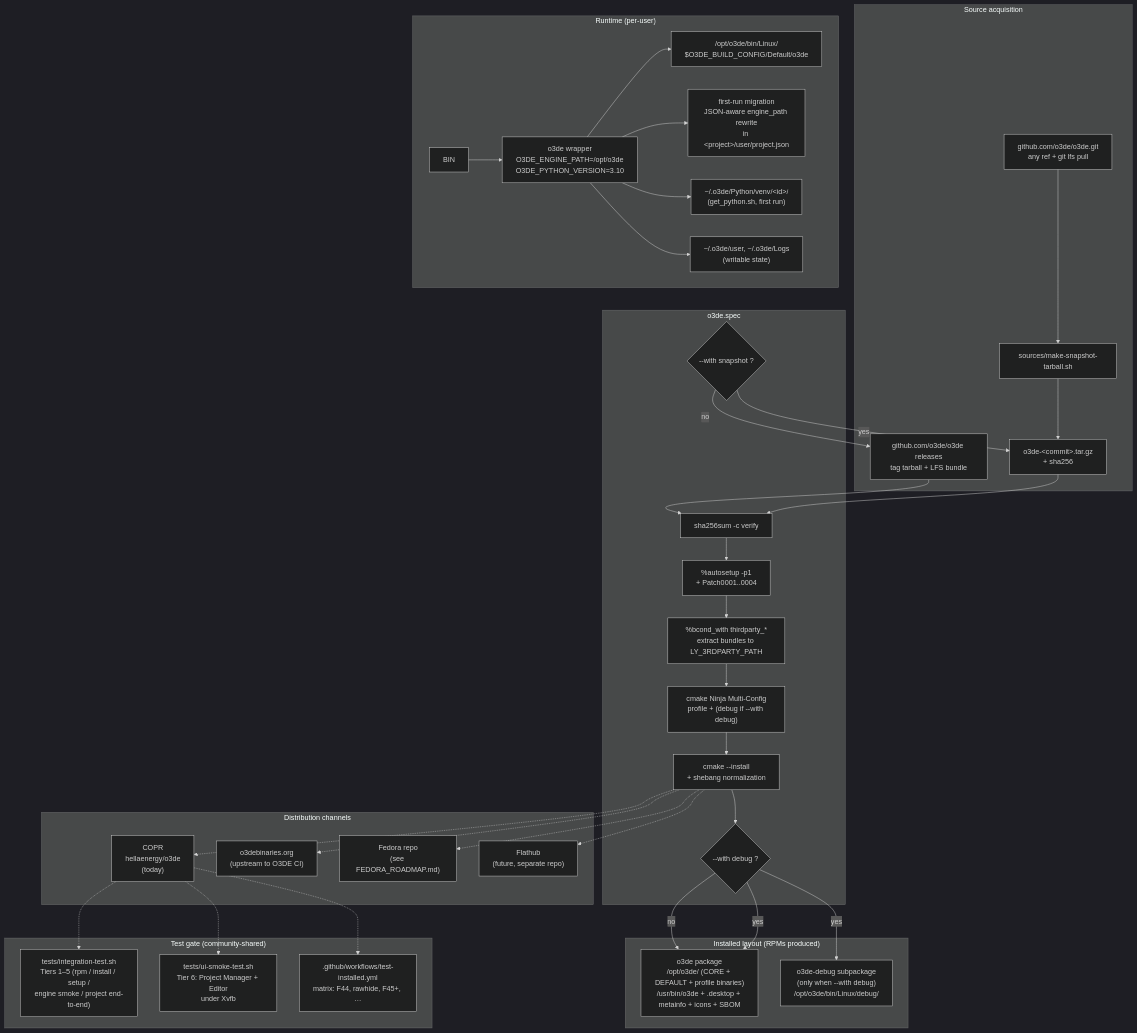
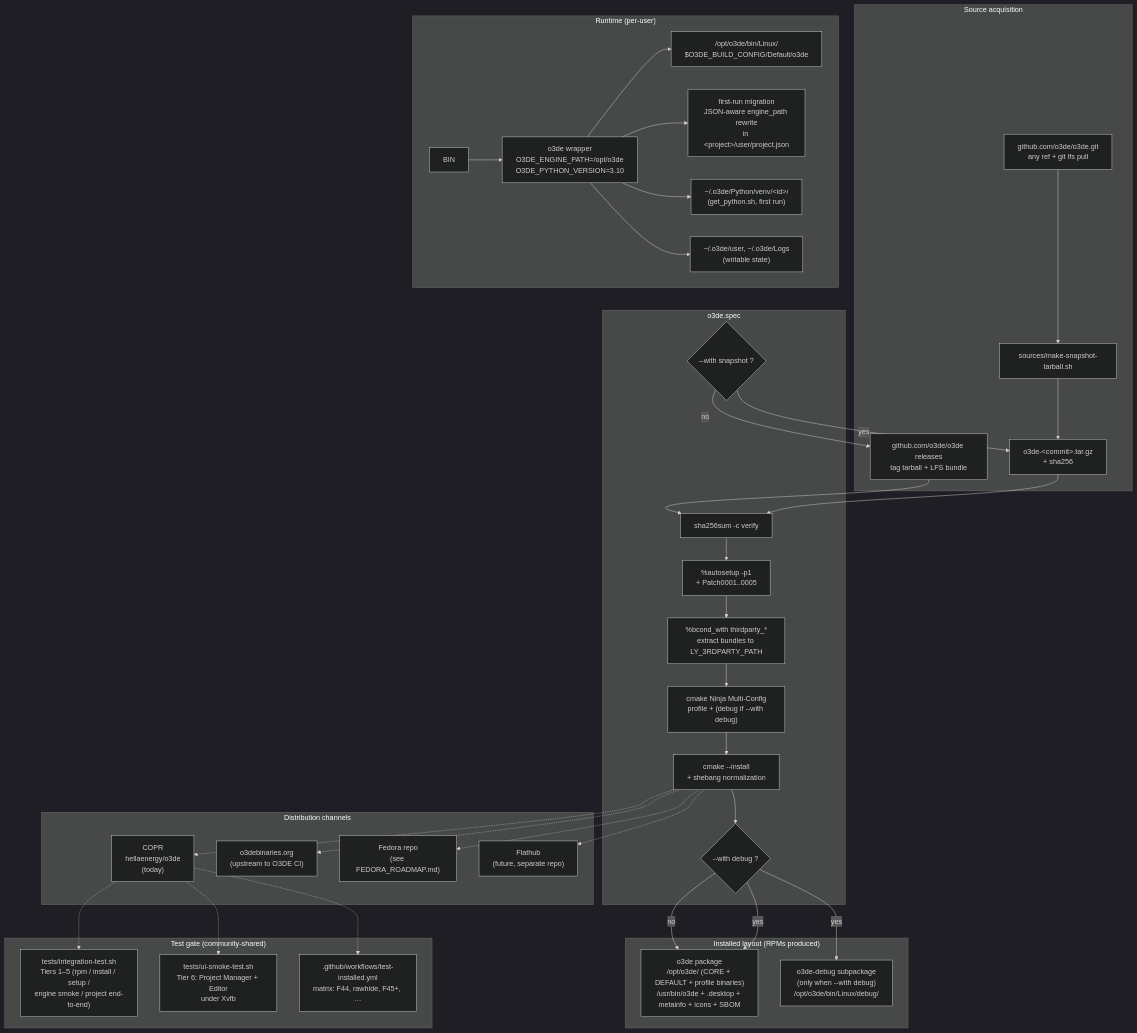
One commit to nickschuetz/o3de-rpm changed the diagram in README.md. Above: the diagram before and after it, drawn with Mermaid (dark theme). The commit also changed 3 other files, not shown here.

````diff
--- a/README.md
+++ b/README.md
@@ -50,65 +50,65 @@
 ```mermaid
 flowchart TB
     subgraph SRC["Source acquisition"]
         S1["github.com/o3de/o3de releases<br/>tag tarball + LFS bundle"]
         S2["github.com/o3de/o3de.git<br/>any ref + git lfs pull"]
         SH["sources/make-snapshot-tarball.sh"]
         S2 --> SH --> SNAP["o3de-&lt;commit&gt;.tar.gz<br/>+ sha256"]
     end
 
     subgraph SPEC["o3de.spec"]
         BC{"--with snapshot ?"}
         SHA["sha256sum -c verify"]
-        AUTO["%autosetup -p1<br/>+ Patch0001..0004"]
+        AUTO["%autosetup -p1<br/>+ Patch0001..0005"]
         TP["%bcond_with thirdparty_*<br/>extract bundles to LY_3RDPARTY_PATH"]
         BUILD["cmake Ninja Multi-Config<br/>profile + (debug if --with debug)"]
         INST["cmake --install<br/>+ shebang normalization"]
         DBG{"--with debug ?"}
         BC -->|no| S1
         BC -->|yes| SNAP
         S1 --> SHA
         SNAP --> SHA
         SHA --> AUTO --> TP --> BUILD --> INST
         INST --> DBG
     end
 
     subgraph INSTALL["Installed layout (RPMs produced)"]
         MAIN["o3de package<br/>/opt/o3de/ (CORE + DEFAULT + profile binaries)<br/>/usr/bin/o3de + .desktop + metainfo + icons + SBOM"]
         DBGPKG["o3de-debug subpackage<br/>(only when --with debug)<br/>/opt/o3de/bin/Linux/debug/"]
         DBG -->|no| MAIN
         DBG -->|yes| MAIN
         DBG -->|yes| DBGPKG
     end
 
     subgraph RT["Runtime (per-user)"]
         WRAP["o3de wrapper<br/>O3DE_ENGINE_PATH=/opt/o3de<br/>O3DE_PYTHON_VERSION=3.10"]
         MIG["first-run migration<br/>JSON-aware engine_path rewrite<br/>in &lt;project&gt;/user/project.json"]
         PY["~/.o3de/Python/venv/&lt;id&gt;/<br/>(get_python.sh, first run)"]
         UD["~/.o3de/user, ~/.o3de/Logs<br/>(writable state)"]
         ENG["/opt/o3de/bin/Linux/<br/>$O3DE_BUILD_CONFIG/Default/o3de"]
         BIN --> WRAP --> ENG
         WRAP --> MIG
         WRAP --> PY
         WRAP --> UD
     end
 
     subgraph DIST["Distribution channels"]
         DC1["COPR<br/>hellaenergy/o3de<br/>(today)"]
         DC2["o3debinaries.org<br/>(upstream to O3DE CI)"]
         DC3["Fedora repo<br/>(see FEDORA_ROADMAP.md)"]
         DC4["Flathub<br/>(future, separate repo)"]
         INST -.-> DC1
         INST -.-> DC2
         INST -.-> DC3
         INST -.-> DC4
     end
 
     subgraph TEST["Test gate (community-shared)"]
         T1["tests/integration-test.sh<br/>Tiers 1–5 (rpm / install / setup /<br/>engine smoke / project end-to-end)"]
         T2["tests/ui-smoke-test.sh<br/>Tier 6: Project Manager + Editor<br/>under Xvfb"]
         T3[".github/workflows/test-installed.yml<br/>matrix: F44, rawhide, F45+, …"]
         DC1 -.-> T1
         DC1 -.-> T2
         DC1 -.-> T3
     end
 ```
````
